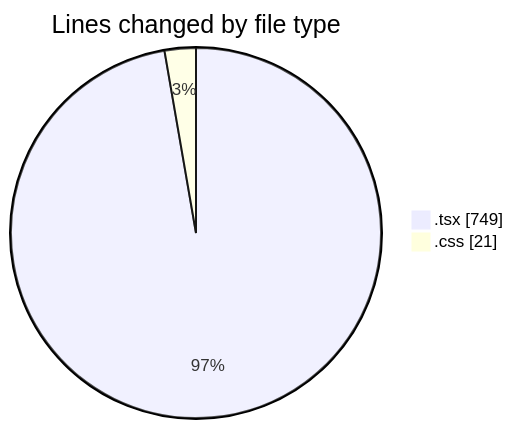
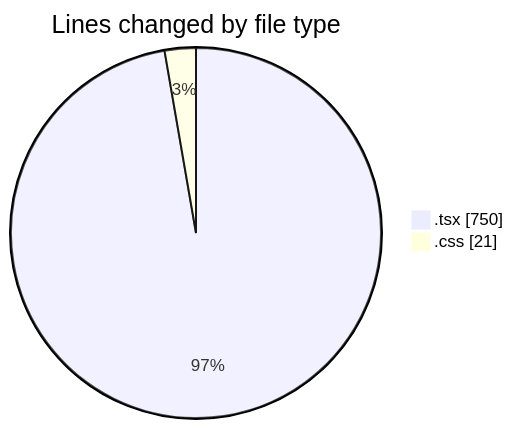
The first of 2 diagrams in 2025-02-07/mbc-web/README.md (robertbonfada/code-tracking), drawn with Mermaid before and after one commit. The commit also changed other lines of this file and 1 other file, not shown here.

````diff
--- a/2025-02-07/mbc-web/README.md
+++ b/2025-02-07/mbc-web/README.md
@@ -28,6 +28,6 @@
 ```mermaid
 pie showData
 title Lines changed by file type
-".tsx" : 749
+".tsx" : 750
 ".css" : 21
 ```
````
